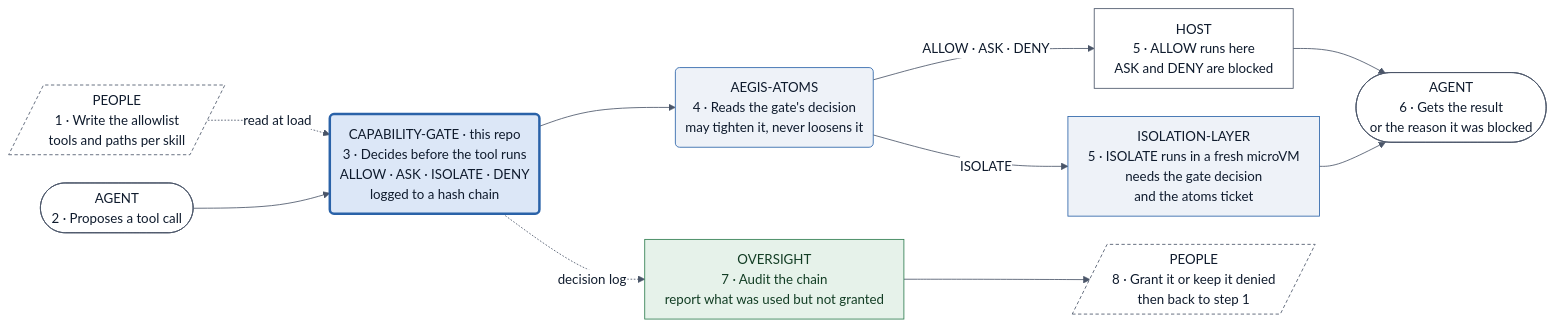
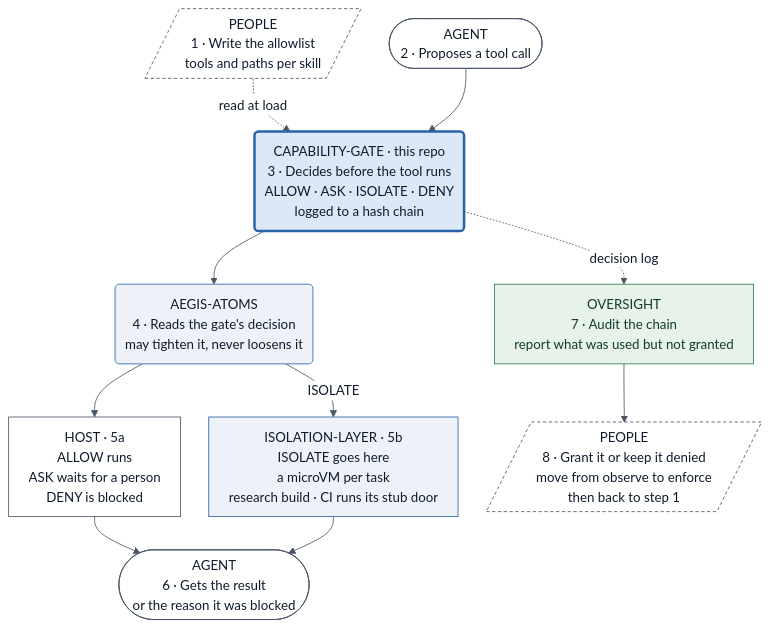
The diagram in assets/gate-in-system.mmd (Steck43/capability-gate), drawn with Mermaid before and after one commit. The commit also changed 6 other files, not shown here.

First line of the commit message:
README: act on the diagram review

```diff
--- a/assets/gate-in-system.mmd
+++ b/assets/gate-in-system.mmd
@@ -1,33 +1,33 @@
-%%{init: {"theme": "base", "fontFamily": "Arial, Helvetica, sans-serif", "flowchart": {"nodeSpacing": 34, "rankSpacing": 44, "curve": "basis", "padding": 12, "wrappingWidth": 420}, "themeVariables": {"fontFamily": "Arial, Helvetica, sans-serif", "fontSize": "16px", "primaryColor": "#EEF2F8", "primaryBorderColor": "#2A62A8", "primaryTextColor": "#0F1B2D", "lineColor": "#4A5568", "edgeLabelBackground": "#FFFFFF"}}}%%
-flowchart LR
+%%{init: {"theme": "base", "fontFamily": "Arial, Helvetica, sans-serif", "flowchart": {"nodeSpacing": 34, "rankSpacing": 40, "curve": "basis", "padding": 12, "wrappingWidth": 420}, "themeVariables": {"fontFamily": "Arial, Helvetica, sans-serif", "fontSize": "16px", "primaryColor": "#EEF2F8", "primaryBorderColor": "#2A62A8", "primaryTextColor": "#0F1B2D", "lineColor": "#4A5568", "edgeLabelBackground": "#FFFFFF"}}}%%
+flowchart TB
     P1[/"PEOPLE<br/>1 · Write the allowlist<br/>tools and paths per skill"/]
     A2(["AGENT<br/>2 · Proposes a tool call"])
     C3("CAPABILITY-GATE · this repo<br/>3 · Decides before the tool runs<br/>ALLOW · ASK · ISOLATE · DENY<br/>logged to a hash chain")
     T4("AEGIS-ATOMS<br/>4 · Reads the gate's decision<br/>may tighten it, never loosens it")
-    H5["HOST<br/>5 · ALLOW runs here<br/>ASK and DENY are blocked"]
-    I5["ISOLATION-LAYER<br/>5 · ISOLATE runs in a fresh microVM<br/>needs the gate decision<br/>and the atoms ticket"]
+    H5["HOST · 5a<br/>ALLOW runs<br/>ASK waits for a person<br/>DENY is blocked"]
+    I5["ISOLATION-LAYER · 5b<br/>ISOLATE goes here<br/>a microVM per task<br/>research build · CI runs its stub door"]
     A6(["AGENT<br/>6 · Gets the result<br/>or the reason it was blocked"])
     O7["OVERSIGHT<br/>7 · Audit the chain<br/>report what was used but not granted"]
-    P8[/"PEOPLE<br/>8 · Grant it or keep it denied<br/>then back to step 1"/]
+    P8[/"PEOPLE<br/>8 · Grant it or keep it denied<br/>move from observe to enforce<br/>then back to step 1"/]
 
     P1 -.->|"read at load"| C3
     A2 --> C3 --> T4
-    T4 -->|"ALLOW · ASK · DENY"| H5
+    T4 --> H5
     T4 -->|"ISOLATE"| I5
     H5 --> A6
     I5 --> A6
     C3 -.->|"decision log"| O7 --> P8
 
     classDef people fill:#FFFFFF,stroke:#4A5568,stroke-dasharray:4 3,color:#0F1B2D
     classDef agent fill:#FFFFFF,stroke:#4A5568,color:#0F1B2D
     classDef this fill:#DCE7F7,stroke:#2A62A8,stroke-width:3px,color:#0F1B2D
     classDef sibling fill:#EEF2F8,stroke:#2A62A8,color:#0F1B2D
     classDef run fill:#FFFFFF,stroke:#4A5568,color:#0F1B2D
     classDef evidence fill:#E6F2EA,stroke:#2E7D4F,color:#123D24
 
     class P1,P8 people
     class A2,A6 agent
     class C3 this
     class T4,I5 sibling
     class H5 run
     class O7 evidence
```
